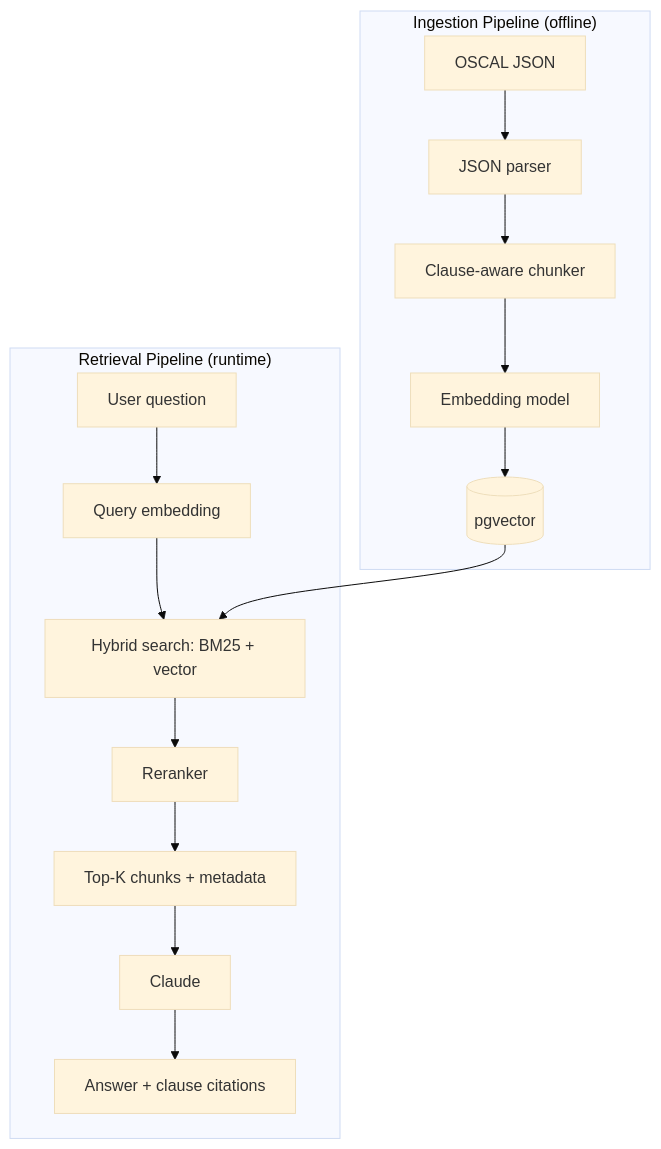
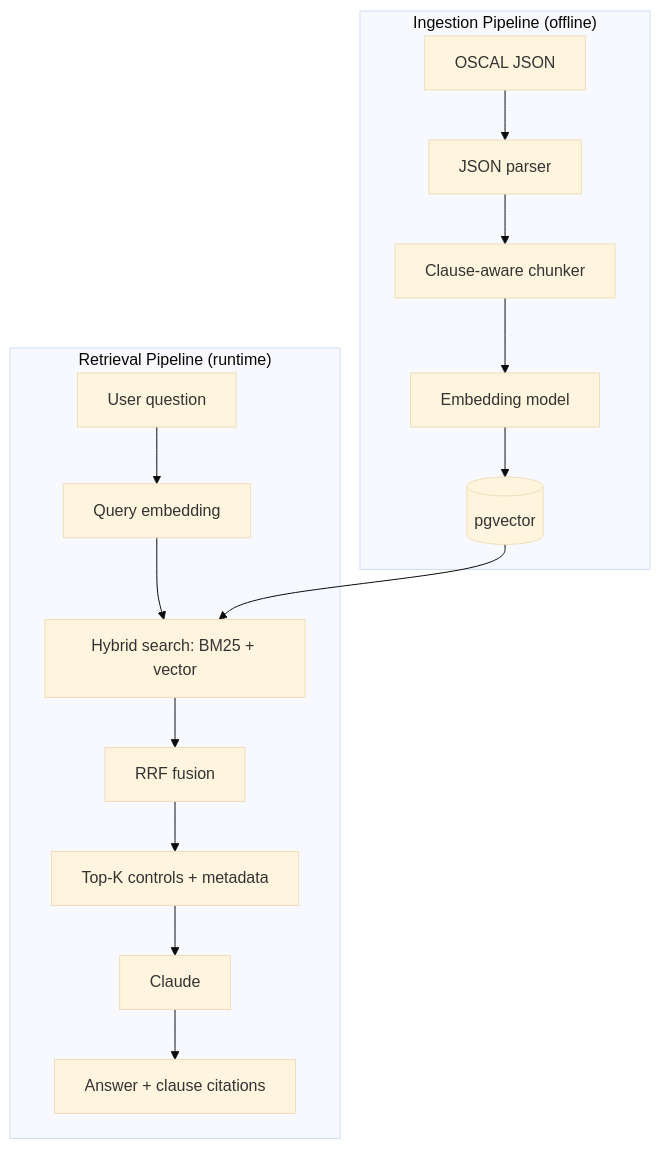
One commit to manumu-studio/iso-audit-rag changed the diagram in README.md. Above: the diagram before and after it, drawn with Mermaid (base theme). The commit also changed other lines of this file and 18 other files, not shown here.

````diff
--- a/README.md
+++ b/README.md
@@ -7,20 +7,20 @@
 ```mermaid
 graph TD
   subgraph ingestion["Ingestion Pipeline (offline)"]
     OSCAL[OSCAL JSON] --> Parser[JSON parser]
     Parser --> Chunker[Clause-aware chunker]
     Chunker --> Embedder[Embedding model]
     Embedder --> Store[(pgvector)]
   end
 
   subgraph retrieval["Retrieval Pipeline (runtime)"]
     Query[User question] --> QEmbed[Query embedding]
     QEmbed --> Search[Hybrid search: BM25 + vector]
-    Search --> Rerank[Reranker]
-    Rerank --> Context[Top-K chunks + metadata]
+    Search --> RRF[RRF fusion]
+    RRF --> Context[Top-K controls + metadata]
     Context --> LLM[Claude]
     LLM --> Answer[Answer + clause citations]
   end
 
   Store --> Search
 ```
````
